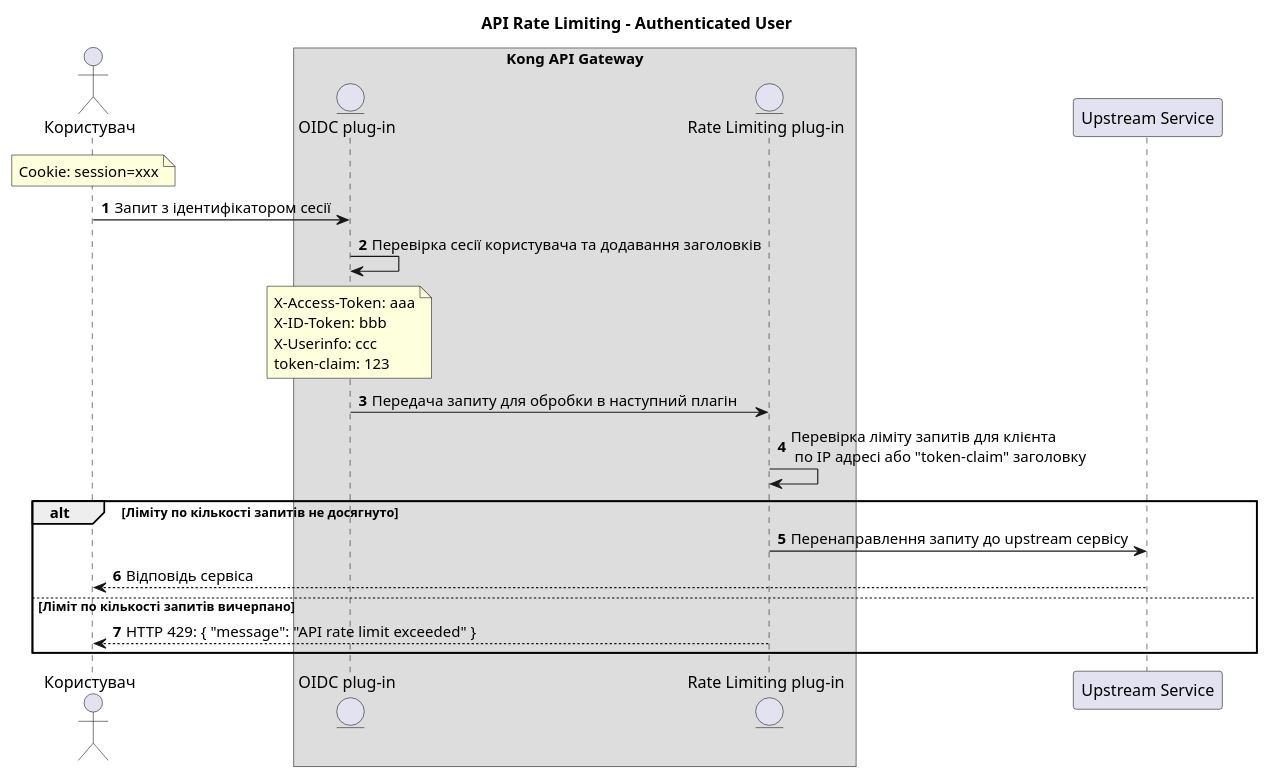
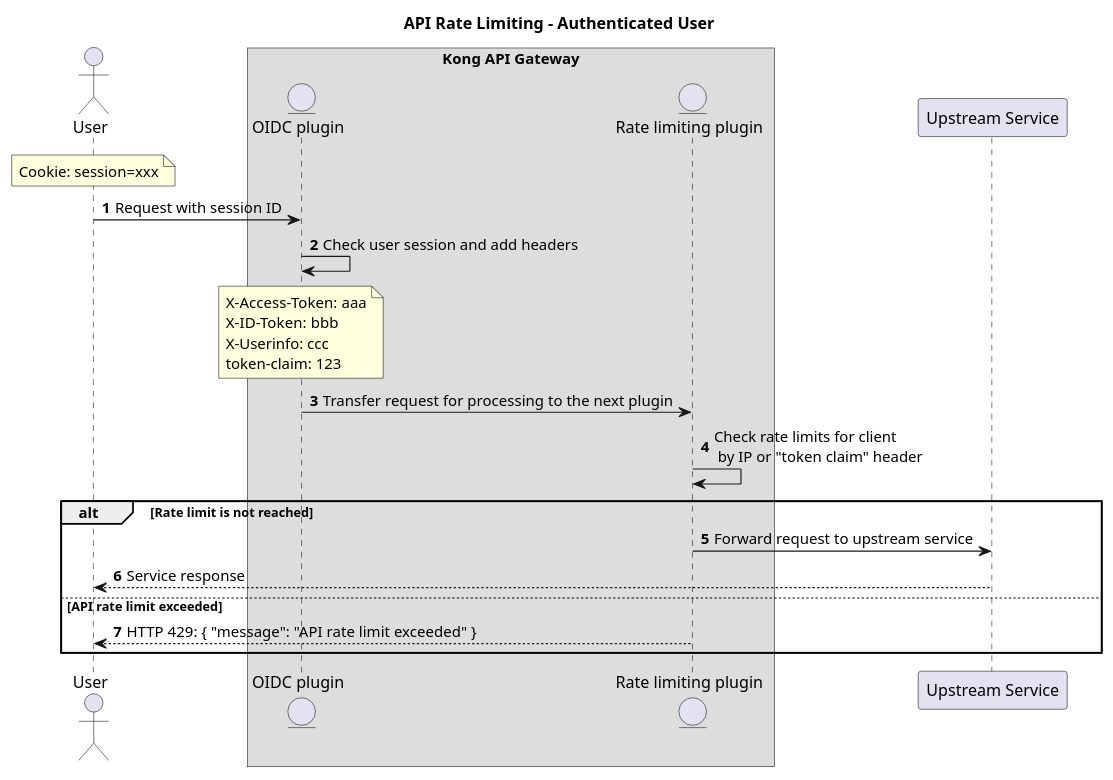
One commit to epam/edp-ddm-architecture changed the diagram in docs/en/modules/registry-develop/partials/registry-admin/api-rate-limiting-authenticated-user.puml. Above: the diagram before and after it, drawn with PlantUML. The commit also changed 957 other files, not shown here.

```diff
--- a/docs/en/modules/registry-develop/partials/registry-admin/api-rate-limiting-authenticated-user.puml
+++ b/docs/en/modules/registry-develop/partials/registry-admin/api-rate-limiting-authenticated-user.puml
@@ -1,41 +1,41 @@
 @startuml
 autonumber
 skinparam ParticipantPadding 20
 title "API Rate Limiting - Authenticated User"
 
 'This is a single line comment
 
 /'
 This is a multi-
 line comment
 '/
 
-actor "Користувач" as User
+actor "User" as User
 box "Kong API Gateway"
-entity "OIDC plug-in" as oidc
-entity "Rate Limiting plug-in" as ratel
+entity "OIDC plugin" as oidc
+entity "Rate limiting plugin" as ratel
 end box
 participant "Upstream Service" as service
 
 note over User: Cookie: session=xxx
-User -> oidc : Запит з ідентифікатором сесії
+User -> oidc : Request with session ID
 
-oidc -> oidc : Перевірка сесії користувача та додавання заголовків
+oidc -> oidc : Check user session and add headers
 
 note over oidc
 X-Access-Token: aaa
 X-ID-Token: bbb
-X-Userinfo: ccc  
+X-Userinfo: ccc
 token-claim: 123
 end note
 
-oidc -> ratel : Передача запиту для обробки в наступний плагін
-ratel -> ratel : Перевірка ліміту запитів для клієнта \n по ІР адресі або "token-claim" заголовку
-alt Ліміту по кількості запитів не досягнуто
-ratel -> service: Перенаправлення запиту до upstream сервісу
-service --> User : Відповідь сервіса
-else Ліміт по кількості запитів вичерпано
+oidc -> ratel : Transfer request for processing to the next plugin
+ratel -> ratel : Check rate limits for client \n by IP or "token claim" header
+alt Rate limit is not reached
+ratel -> service: Forward request to upstream service
+service --> User : Service response
+else API rate limit exceeded
 ratel --> User: HTTP 429: { "message": "API rate limit exceeded" }
 end
 
 @enduml
```
